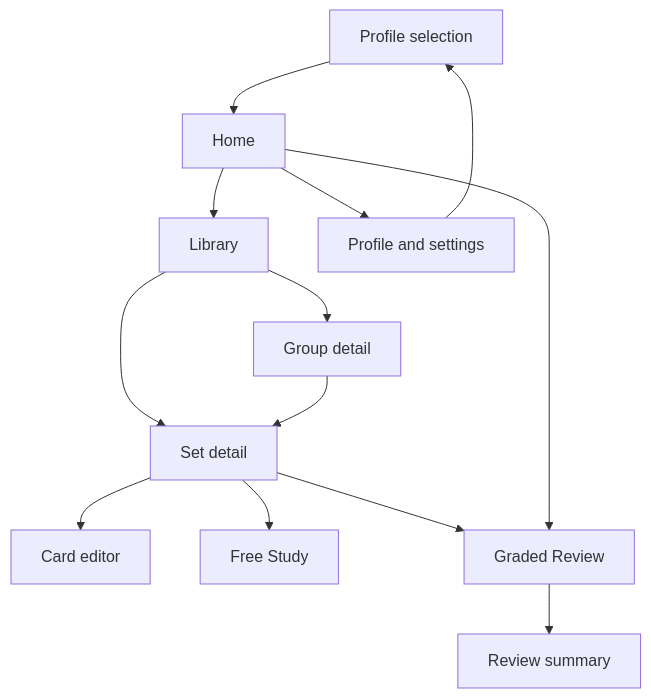
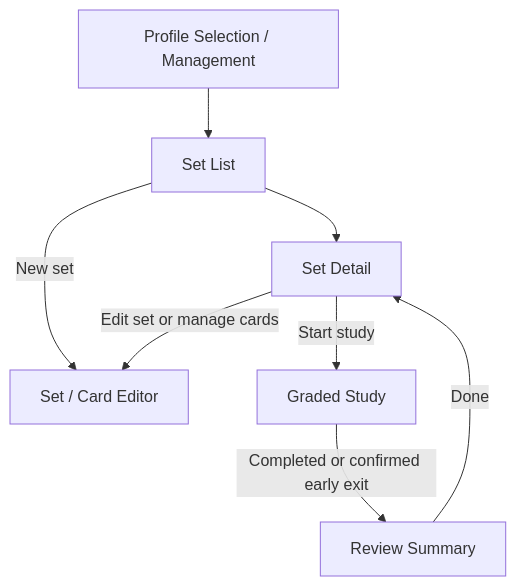
Before and after one commit to mitsuhou/FlashcardApp: the diagram in docs/5-App-Description.md, drawn with Mermaid. The commit also changed other lines of this file and 15 other files, not shown here.

````diff
--- a/docs/5-App-Description.md
+++ b/docs/5-App-Description.md
@@ -7,15 +7,10 @@
 ```mermaid
 flowchart TD
-    P[Profile selection] --> H[Home]
-    H --> L[Library]
-    H --> S[Profile and settings]
-    L --> G[Group detail]
-    L --> D[Set detail]
-    G --> D
-    D --> E[Card editor]
-    D --> F[Free Study]
-    D --> R[Graded Review]
-    H --> R
-    R --> T[Review summary]
-    S --> P
+    P[Profile Selection / Management] --> L[Set List]
+    L --> D[Set Detail]
+    L -->|New set| E[Set / Card Editor]
+    D -->|Edit set or manage cards| E
+    D -->|Start study| R[Graded Study]
+    R -->|Completed or confirmed early exit| S[Review Summary]
+    S -->|Done| D
 ```
````
